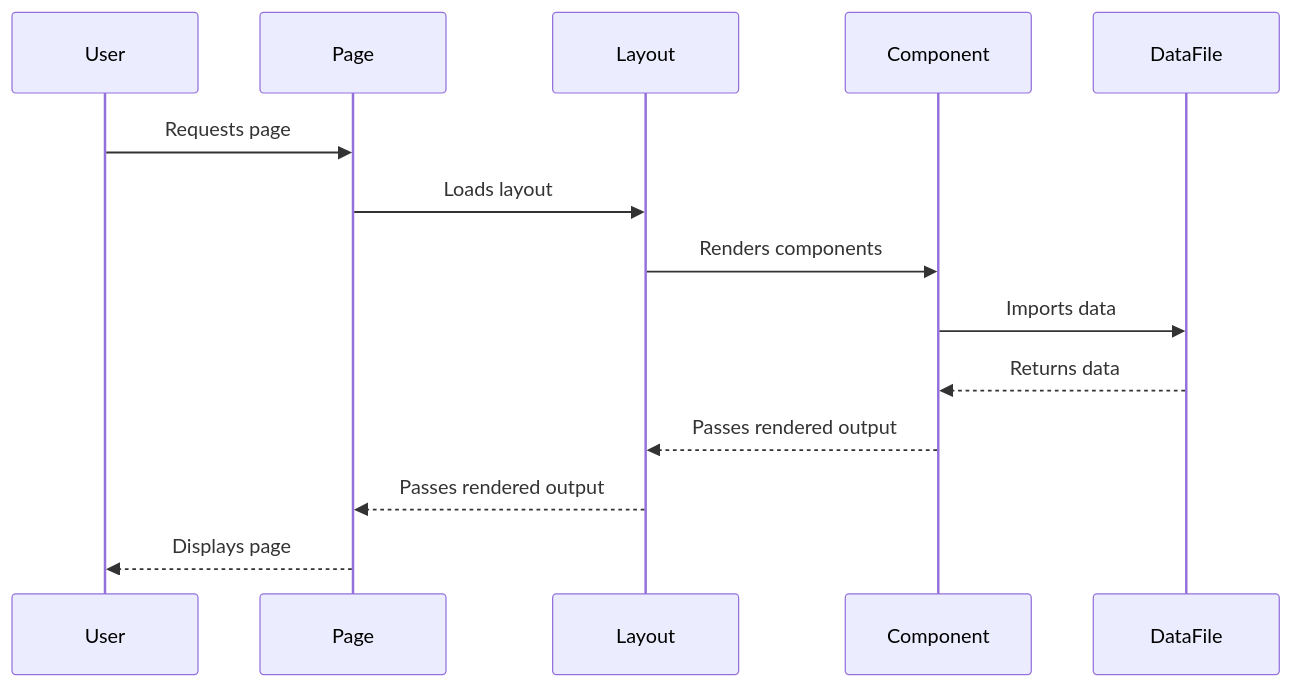
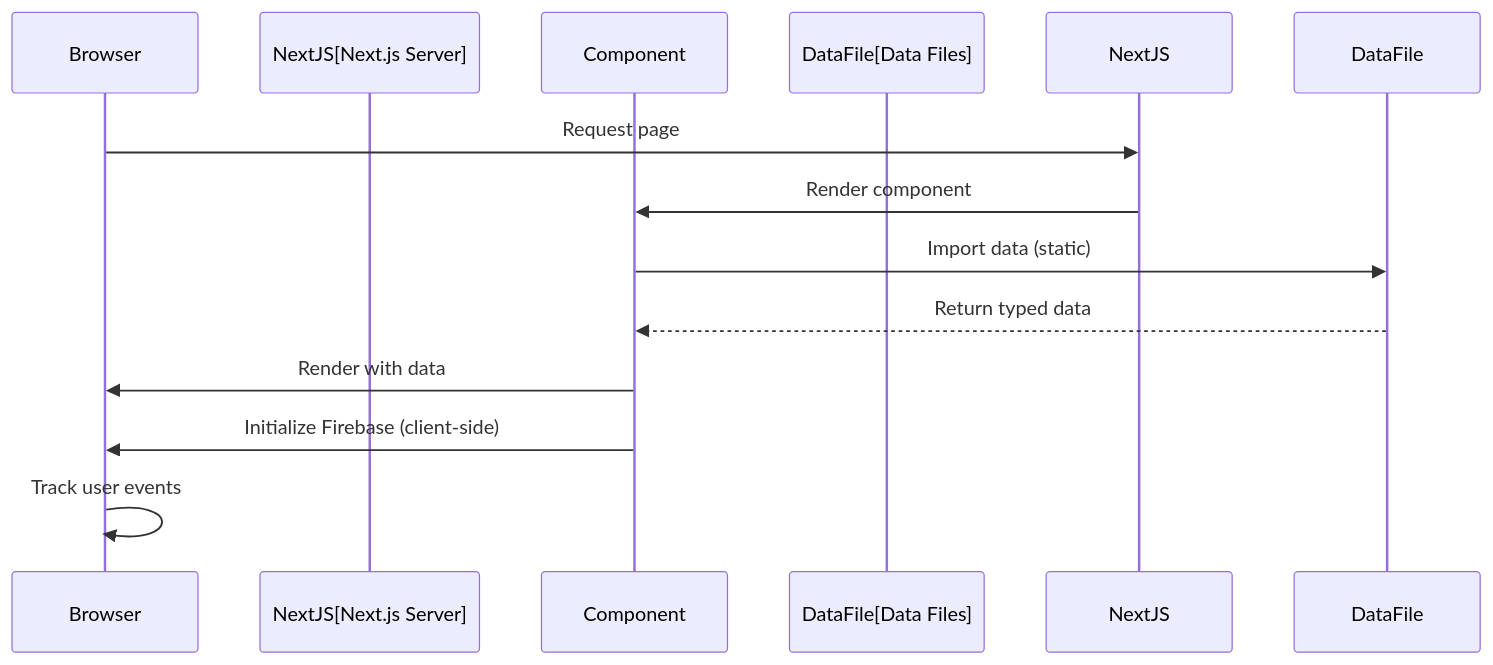
Before and after one commit to AlexJSully/AlexJSully-Portfolio: the diagram in docs/architecture/data.md, drawn with Mermaid. The commit also changed other lines of this file and 15 other files, not shown here.

````diff
--- a/docs/architecture/data.md
+++ b/docs/architecture/data.md
@@ -20,16 +22,15 @@
 ```mermaid
 sequenceDiagram
-    participant User
-    participant Page
-    participant Layout
+    participant Browser
+    participant NextJS[Next.js Server]
     participant Component
-    participant DataFile
-    User->>Page: Requests page
-    Page->>Layout: Loads layout
-    Layout->>Component: Renders components
-    Component->>DataFile: Imports data
-    DataFile-->>Component: Returns data
-    Component-->>Layout: Passes rendered output
-    Layout-->>Page: Passes rendered output
-    Page-->>User: Displays page
+    participant DataFile[Data Files]
+
+    Browser->>NextJS: Request page
+    NextJS->>Component: Render component
+    Component->>DataFile: Import data (static)
+    DataFile-->>Component: Return typed data
+    Component->>Browser: Render with data
+    Component->>Browser: Initialize Firebase (client-side)
+    Browser->>Browser: Track user events
 ```
````
